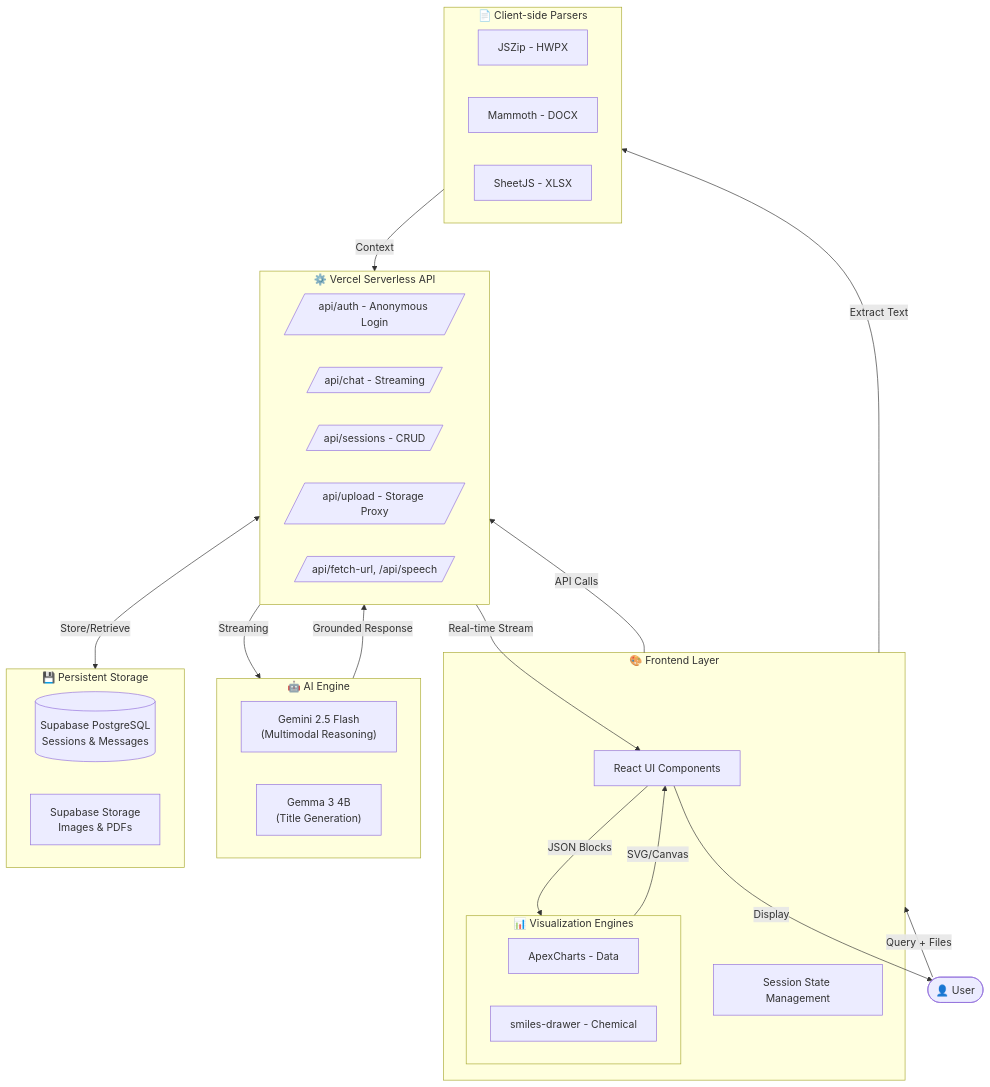
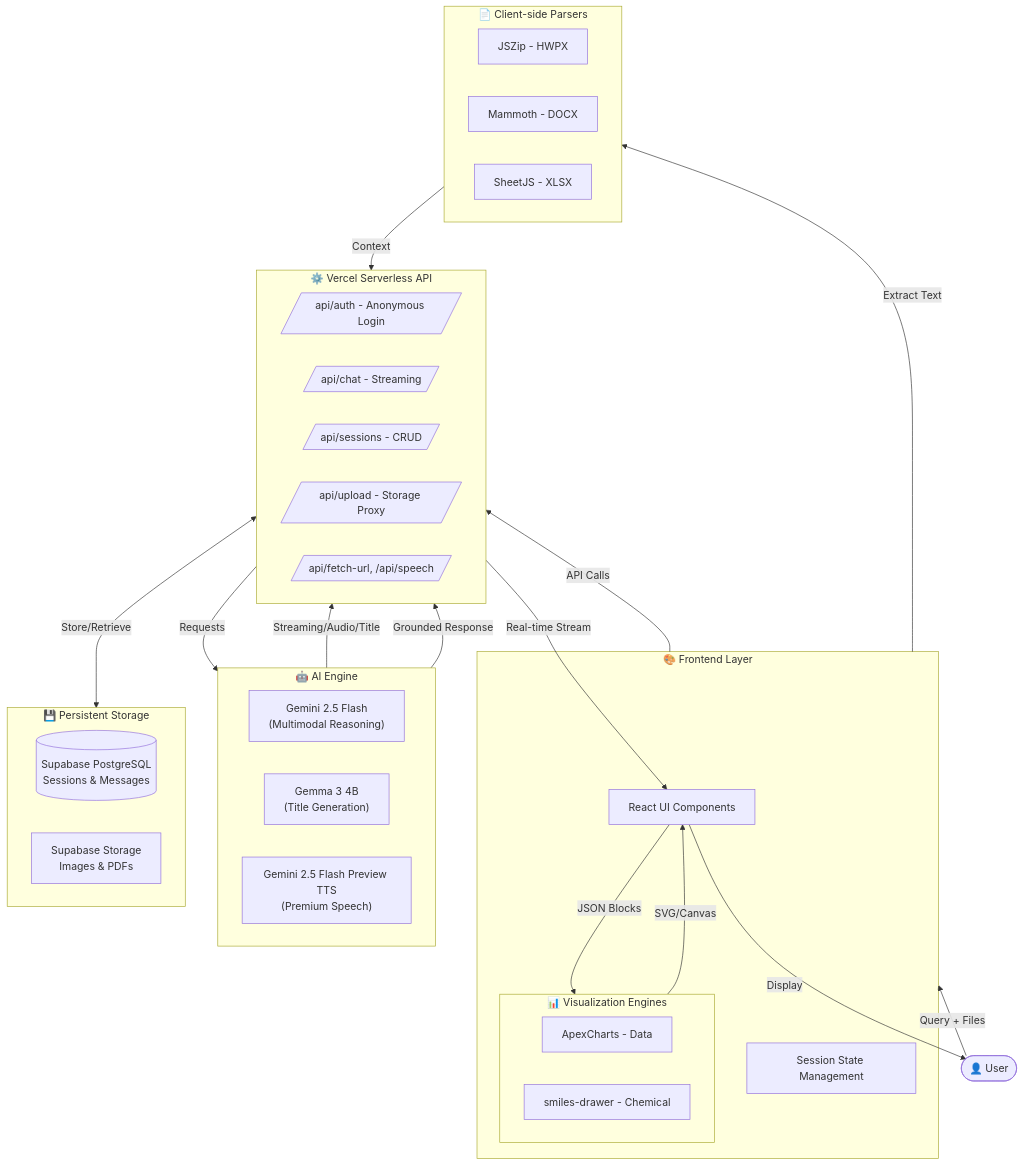
The diagram in README.md (jpjp92/chat-agent), drawn with Mermaid before and after one commit. The commit also changed 6 other files, not shown here.

````diff
--- a/README.md
+++ b/README.md
@@ -43,49 +43,51 @@
 ```mermaid
 flowchart TB
     User([👤 User])
     
     subgraph Frontend["🎨 Frontend Layer"]
         UI[React UI Components]
         subgraph Viz["📊 Visualization Engines"]
             Apex[ApexCharts - Data]
             SMILES[smiles-drawer - Chemical]
         end
         State[Session State Management]
     end
     
     subgraph Backend["⚙️ Vercel Serverless API"]
         Auth[/api/auth - Anonymous Login/]
         Chat[/api/chat - Streaming/]
         Sessions[/api/sessions - CRUD/]
         Upload[/api/upload - Storage Proxy/]
         Tools[/api/fetch-url, /api/speech/]
     end
     
     subgraph AI["🤖 AI Engine"]
         Gemini["Gemini 2.5 Flash<br/>(Multimodal Reasoning)"]
         Gemma["Gemma 3 4B<br/>(Title Generation)"]
+        TTS["Gemini 2.5 Flash Preview TTS<br/>(Premium Speech)"]
     end
     
     subgraph Storage["💾 Persistent Storage"]
         DB[(Supabase PostgreSQL<br/>Sessions & Messages)]
         Files[Supabase Storage<br/>Images & PDFs]
     end
     
     subgraph Parser["📄 Client-side Parsers"]
         HWPX[JSZip - HWPX]
         DOCX[Mammoth - DOCX]
         XLSX[SheetJS - XLSX]
     end
     
     User -->|Query + Files| Frontend
     Frontend -->|API Calls| Backend
-    Backend -->|Streaming| AI
+    Backend -->|Requests| AI
+    AI -->|Streaming/Audio/Title| Backend
     Backend <-->|Store/Retrieve| Storage
     Frontend -->|Extract Text| Parser
     Parser -->|Context| Backend
     AI -->|Grounded Response| Backend
     Backend -->|Real-time Stream| UI
     UI -->|JSON Blocks| Viz
     Viz -->|SVG/Canvas| UI
     UI -->|Display| User
 ```
````
